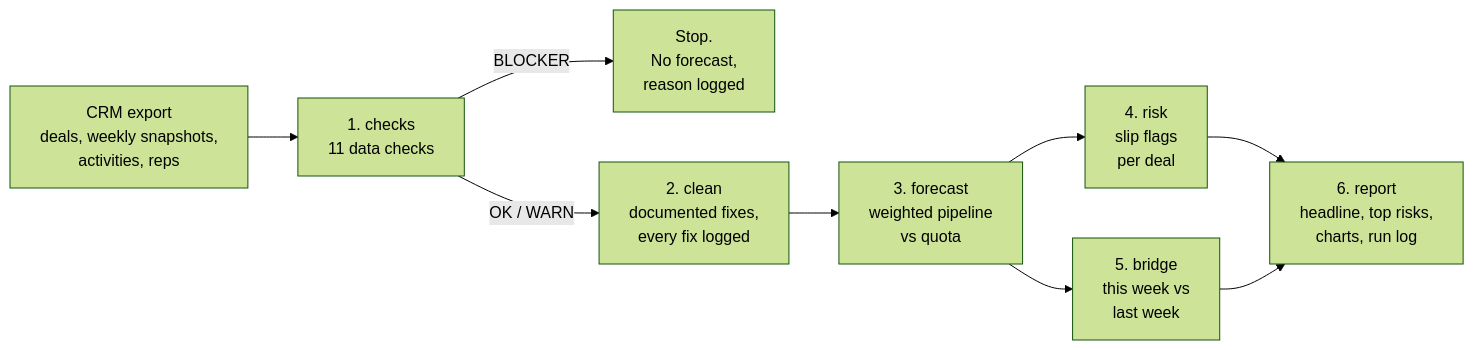
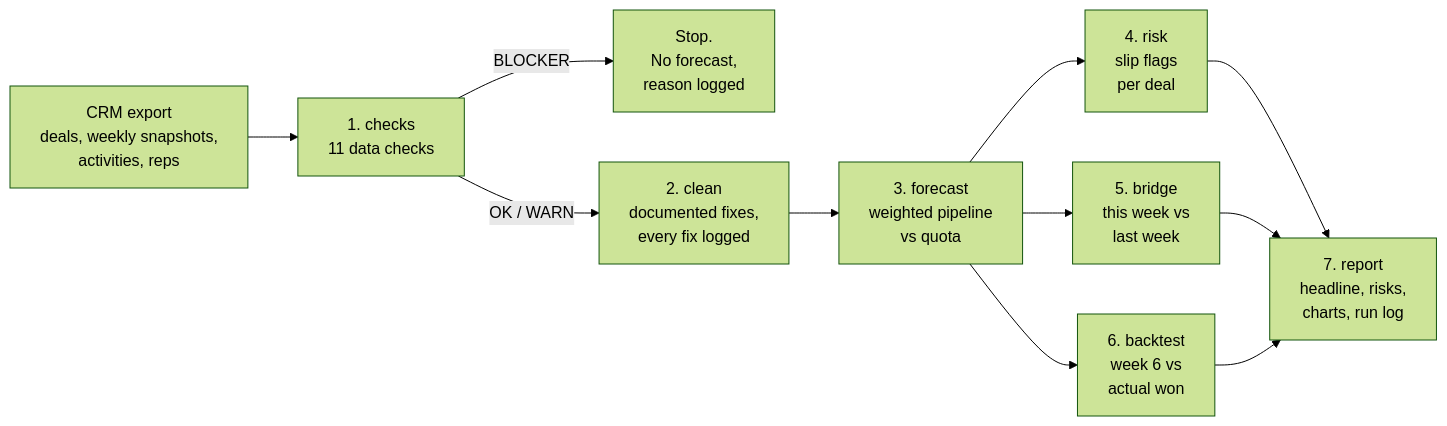
Before and after one commit to Alikhosrawi/sales-forecast-sql: the diagram in README.md, drawn with Mermaid (forest theme). The commit also changed other lines of this file and 20 other files, not shown here.

````diff
--- a/README.md
+++ b/README.md
@@ -23,11 +23,13 @@
 ```mermaid
 flowchart LR
     A[CRM export<br/>deals, weekly snapshots,<br/>activities, reps] --> B[1. checks<br/>11 data checks]
     B -- BLOCKER --> X[Stop.<br/>No forecast,<br/>reason logged]
     B -- OK / WARN --> C[2. clean<br/>documented fixes,<br/>every fix logged]
     C --> D[3. forecast<br/>weighted pipeline<br/>vs quota]
     D --> E[4. risk<br/>slip flags<br/>per deal]
     D --> F[5. bridge<br/>this week vs<br/>last week]
-    E --> G[6. report<br/>headline, top risks,<br/>charts, run log]
+    D --> H[6. backtest<br/>week 6 vs<br/>actual won]
+    E --> G[7. report<br/>headline, risks,<br/>charts, run log]
     F --> G
+    H --> G
 ```
````
